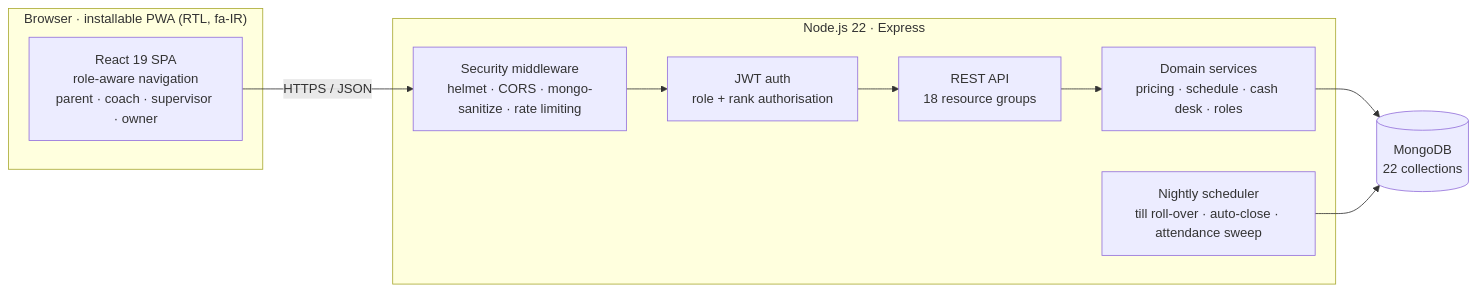
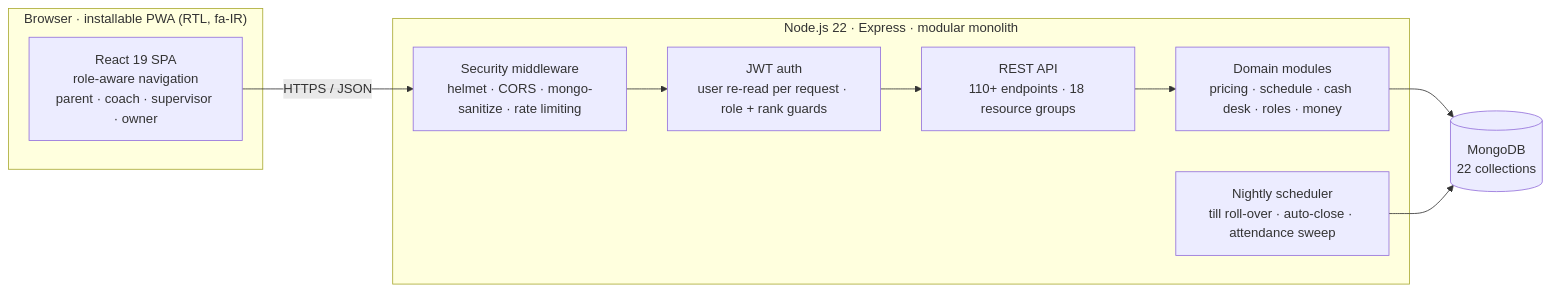
The diagram in README.md (Sepiboyboy/Rainbow), drawn with Mermaid before and after one commit. The commit also changed other lines of this file and 6 other files, not shown here.

````diff
--- a/README.md
+++ b/README.md
@@ -84,19 +128,19 @@
 ```mermaid
 flowchart LR
     subgraph Client["Browser · installable PWA (RTL, fa-IR)"]
         SPA["React 19 SPA<br/>role-aware navigation<br/>parent · coach · supervisor · owner"]
     end
 
-    subgraph Server["Node.js 22 · Express"]
+    subgraph Server["Node.js 22 · Express · modular monolith"]
         MW["Security middleware<br/>helmet · CORS · mongo-sanitize · rate limiting"]
-        AUTH["JWT auth<br/>role + rank authorisation"]
-        ROUTES["REST API<br/>18 resource groups"]
-        DOMAIN["Domain services<br/>pricing · schedule · cash desk · roles"]
+        AUTH["JWT auth<br/>user re-read per request · role + rank guards"]
+        ROUTES["REST API<br/>110+ endpoints · 18 resource groups"]
+        DOMAIN["Domain modules<br/>pricing · schedule · cash desk · roles · money"]
         NIGHT["Nightly scheduler<br/>till roll-over · auto-close · attendance sweep"]
     end
 
     DB[("MongoDB<br/>22 collections")]
 
     SPA -- "HTTPS / JSON" --> MW --> AUTH --> ROUTES --> DOMAIN --> DB
     NIGHT --> DB
 ```
````
